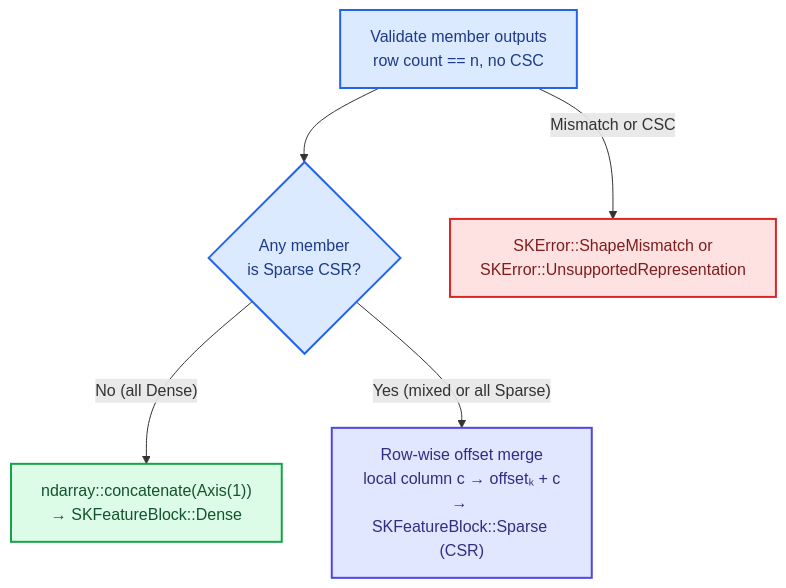
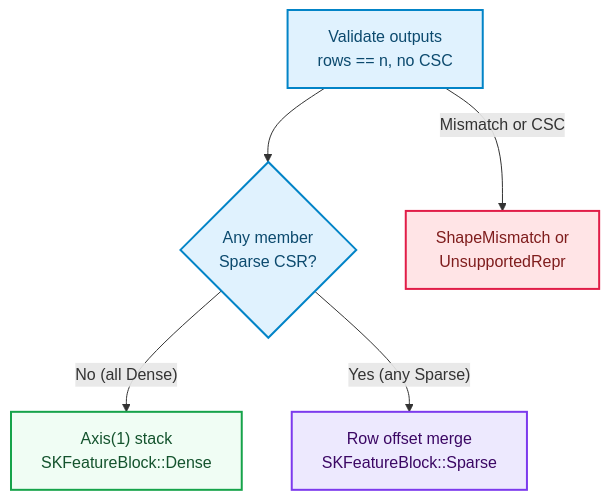
One commit to neurono-ml/sciencekit changed the second of 2 diagrams in docs/src/development-explained/ch43-feature-union.md. Above: the diagram before and after it, drawn with Mermaid. The commit also changed other lines of this file, not shown here.

````diff
--- a/docs/src/development-explained/ch43-feature-union.md
+++ b/docs/src/development-explained/ch43-feature-union.md
@@ -111,17 +112,17 @@
 ```mermaid
 flowchart TB
     accTitle: Representation policy when concatenating member outputs
     accDescr: Before allocating an output buffer, SKFeatureUnion validates that every member returned the expected row count and a supported Dense or CSR representation. If all members emitted Dense, ndarray::concatenate stacks them into a Dense block. If at least one member emitted Sparse CSR, every member is merged row-by-row with cumulative column offsets into a single CSR block.
-    V["Validate member outputs<br/>row count == n, no CSC"] --> Q{"Any member<br/>is Sparse CSR?"}
-    Q -->|"No (all Dense)"| D["ndarray::concatenate(Axis(1))<br/>→ SKFeatureBlock::Dense"]
-    Q -->|"Yes (mixed or all Sparse)"| S["Row-wise offset merge<br/>local column c → offsetₖ + c<br/>→ SKFeatureBlock::Sparse (CSR)"]
-    V -->|"Mismatch or CSC"| E["SKError::ShapeMismatch or<br/>SKError::UnsupportedRepresentation"]
-    classDef check fill:#dbeafe,stroke:#2563eb,stroke-width:2px,color:#1e3a8a
-    classDef dense fill:#dcfce7,stroke:#16a34a,stroke-width:2px,color:#14532d
-    classDef sparse fill:#e0e7ff,stroke:#4f46e5,stroke-width:2px,color:#312e81
-    classDef error fill:#fee2e2,stroke:#dc2626,stroke-width:2px,color:#7f1d1d
-    class V,Q check
-    class D dense
-    class S sparse
-    class E error
+    V["Validate outputs<br/>rows == n, no CSC"] --> Q{"Any member<br/>Sparse CSR?"}
+    Q -->|"No (all Dense)"| D["Axis(1) stack<br/>SKFeatureBlock::Dense"]
+    Q -->|"Yes (any Sparse)"| S["Row offset merge<br/>SKFeatureBlock::Sparse"]
+    V -->|"Mismatch or CSC"| E["ShapeMismatch or<br/>UnsupportedRepr"]
+    classDef sky fill:#e0f2fe,stroke:#0284c7,stroke-width:2px,color:#0c4a6e
+    classDef emerald fill:#f0fdf4,stroke:#16a34a,stroke-width:2px,color:#14532d
+    classDef violet fill:#ede9fe,stroke:#7c3aed,stroke-width:2px,color:#3b0764
+    classDef rose fill:#ffe4e6,stroke:#e11d48,stroke-width:2px,color:#7f1d1d
+    class V,Q sky
+    class D emerald
+    class S violet
+    class E rose
 ```
````
